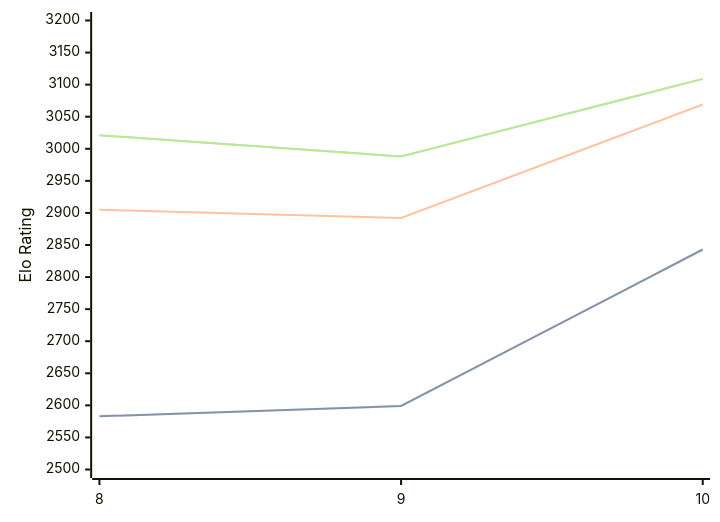
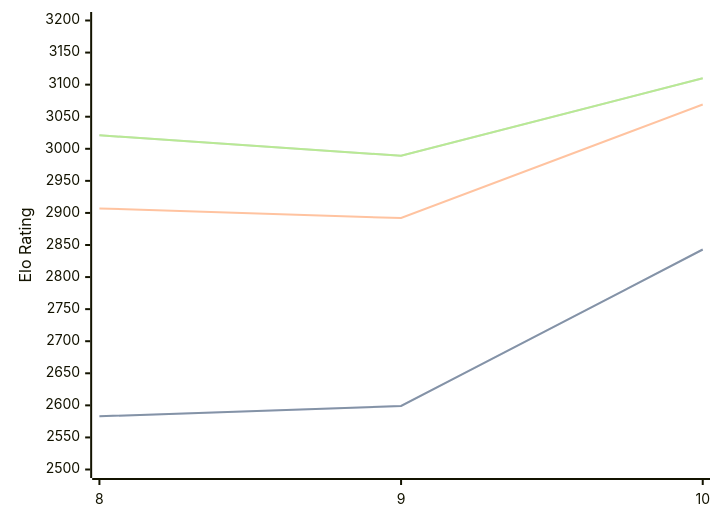
The diagram in engines/Lozza.md (computer-chess-index/cci), drawn with Mermaid before and after one commit. The commit also changed other lines of this file, not shown here.

Commit message:
Update CCI Ratings (ELO VLTC) - 2026-08-05

````diff
--- a/engines/Lozza.md
+++ b/engines/Lozza.md
@@ -41,11 +41,11 @@
 ```mermaid
 %%{init: {"theme":"base","themeVariables":{"seriesColors:['#a3a3a3','#222221','#faa371']}}}%%
 xychart-beta
   x-axis ["8", "9", "10"]
   y-axis "Elo Rating" 2500 --> 3200
   line "STC (8.0+0.08s)" [2583, 2599, 2843]
   line "STC (8.0+0.08s)" [2583, 2599, 2843]
-  line "LTC (60.0+0.60s)" [2905, 2892, 3069]
-  line "VLTC (2m24s+1.12s)" [3021, 2988, 3109]
-  line "VLTC (2m24s+1.12s)" [3021, 2988, 3109]
+  line "LTC (60.0+0.60s)" [2907, 2892, 3069]
+  line "VLTC (2m24s+1.12s)" [3021, 2989, 3110]
+  line "VLTC (2m24s+1.12s)" [3021, 2989, 3110]
 ```
````
